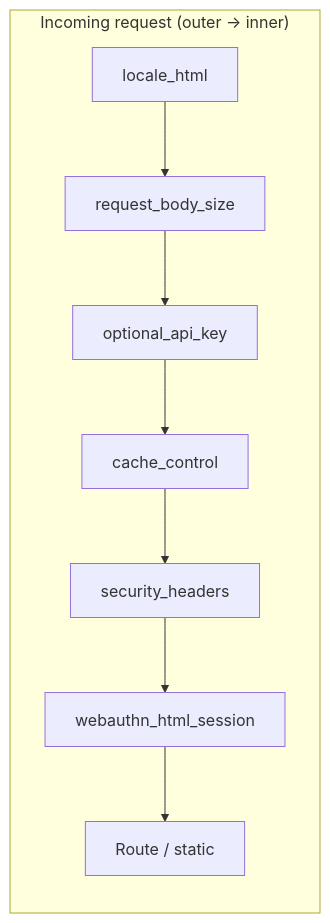
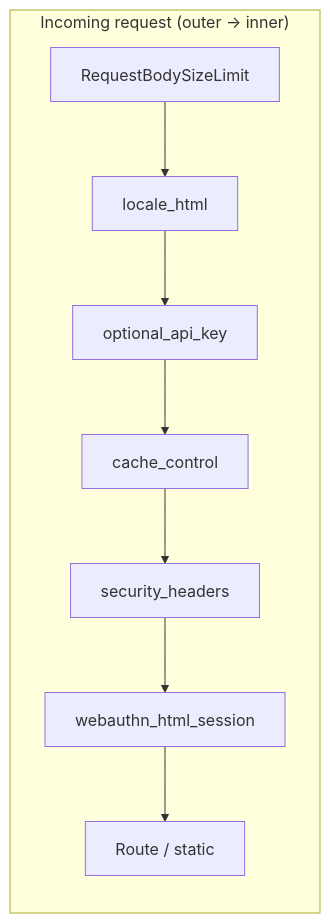
One commit to DataBoar/data-boar changed the first of 2 diagrams in docs/plans/PLAN_DASHBOARD_REPORTS_ACCESS_CONTROL.md. Above: the diagram before and after it, drawn with Mermaid. The commit also changed other lines of this file and 7 other files, not shown here.

First line of the commit message:
fix(api): cap request body bytes for chunked transfer (#1704)

````diff
--- a/docs/plans/PLAN_DASHBOARD_REPORTS_ACCESS_CONTROL.md
+++ b/docs/plans/PLAN_DASHBOARD_REPORTS_ACCESS_CONTROL.md
@@ -167,13 +167,13 @@
 ```mermaid
 flowchart LR
   subgraph incoming["Incoming request (outer → inner)"]
+    S[RequestBodySizeLimit]
     L[locale_html]
-    A[request_body_size]
     B[optional_api_key]
     C[cache_control]
     D[security_headers]
     W[webauthn_html_session]
     R[Route / static]
   end
-  L --> A --> B --> C --> D --> W --> R
+  S --> L --> B --> C --> D --> W --> R
 ```
````
